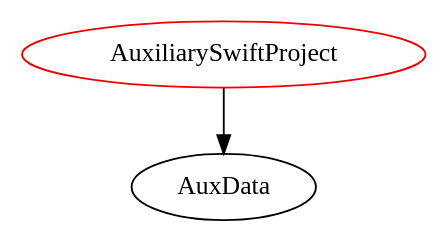
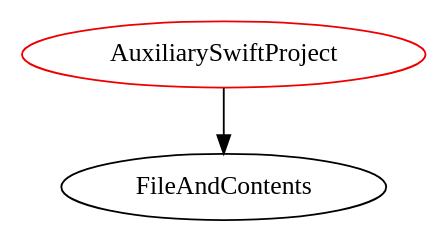
The diagram in analysis/TypeDependencyGraphs/code/AuxiliarySwiftProject.dot (JacquesCarette/Drasil), drawn with Graphviz before and after one commit. The commit also changed 172 other files, not shown here.

```diff
--- a/analysis/TypeDependencyGraphs/code/AuxiliarySwiftProject.dot
+++ b/analysis/TypeDependencyGraphs/code/AuxiliarySwiftProject.dot
@@ -1,4 +1,4 @@
 digraph auxiliaryswiftproject{
 AuxiliarySwiftProject	[shape=oval, color=red2, label="AuxiliarySwiftProject"];
-AuxiliarySwiftProject -> AuxData;
+AuxiliarySwiftProject -> FileAndContents;
 }
```
